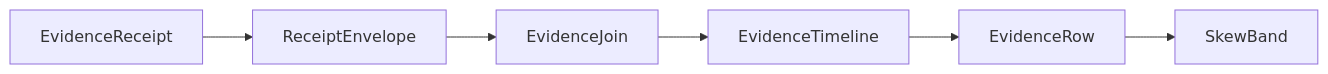
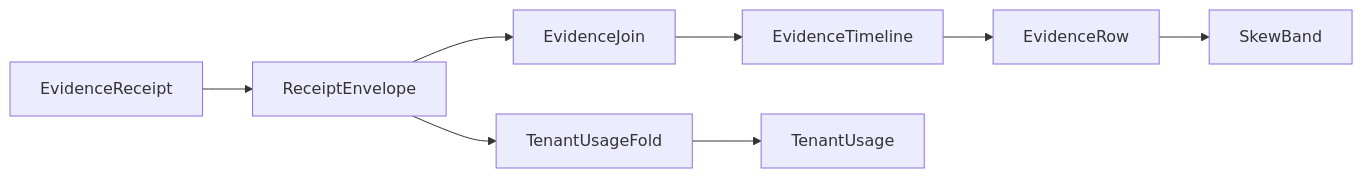
The diagram in libs/csharp/Rasm.AppUi/.planning/Diagnostics/evidence.md (bsamiee/Rasm), drawn with Mermaid before and after one commit. The commit also changed other lines of this file and 195 other files, not shown here.

````diff
--- a/libs/csharp/Rasm.AppUi/.planning/Diagnostics/evidence.md
+++ b/libs/csharp/Rasm.AppUi/.planning/Diagnostics/evidence.md
@@ -368,8 +447,10 @@
 ```mermaid
 flowchart LR
     EvidenceReceipt --> ReceiptEnvelope
     ReceiptEnvelope --> EvidenceJoin
+    ReceiptEnvelope --> TenantUsageFold
     EvidenceJoin --> EvidenceTimeline
     EvidenceTimeline --> EvidenceRow
     EvidenceRow --> SkewBand
+    TenantUsageFold --> TenantUsage
 ```
````
